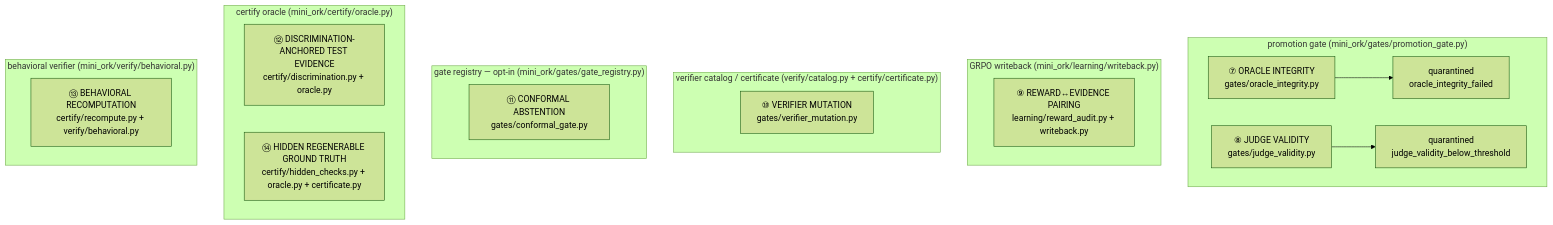
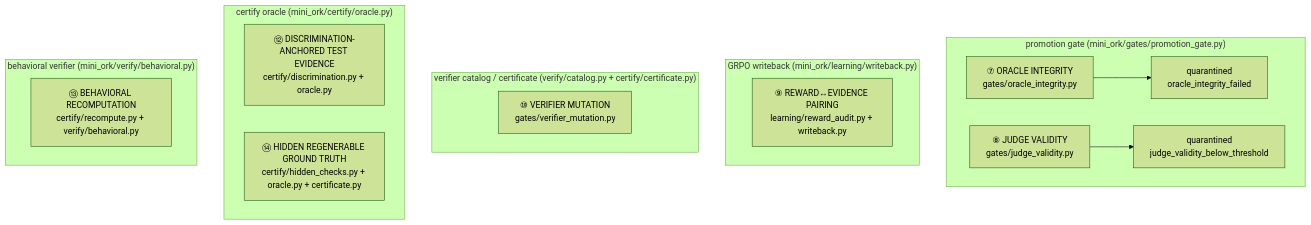
Before and after one commit to SourceShift/mini-ork: the second of 2 diagrams in docs/architecture/verification-stack.md, drawn with Mermaid (forest theme). The commit also changed other lines of this file and 7 other files, not shown here.

First line of the commit message:
gates: remove the abstain and conformal gate evaluators; keep the LTT bar

````diff
--- a/docs/architecture/verification-stack.md
+++ b/docs/architecture/verification-stack.md
@@ -240,23 +240,20 @@
 ```mermaid
 flowchart TB
   subgraph promote["promotion gate (mini_ork/gates/promotion_gate.py)"]
     OI["⑦ ORACLE INTEGRITY<br/>gates/oracle_integrity.py"] --> Q["quarantined<br/>oracle_integrity_failed"]
     JV["⑧ JUDGE VALIDITY<br/>gates/judge_validity.py"] --> Q2["quarantined<br/>judge_validity_below_threshold"]
   end
   subgraph grpo["GRPO writeback (mini_ork/learning/writeback.py)"]
     RP["⑨ REWARD↔EVIDENCE PAIRING<br/>learning/reward_audit.py + writeback.py"]
   end
   subgraph catalog["verifier catalog / certificate (verify/catalog.py + certify/certificate.py)"]
     VM["⑩ VERIFIER MUTATION<br/>gates/verifier_mutation.py"]
   end
-  subgraph registry["gate registry — opt-in (mini_ork/gates/gate_registry.py)"]
-    CO["⑪ CONFORMAL ABSTENTION<br/>gates/conformal_gate.py"]
-  end
   subgraph certify2["certify oracle (mini_ork/certify/oracle.py)"]
     DI["⑫ DISCRIMINATION-ANCHORED TEST EVIDENCE<br/>certify/discrimination.py + oracle.py"]
     HC["⑭ HIDDEN REGENERABLE GROUND TRUTH<br/>certify/hidden_checks.py + oracle.py + certificate.py"]
   end
   subgraph behav2["behavioral verifier (mini_ork/verify/behavioral.py)"]
     BR["⑬ BEHAVIORAL RECOMPUTATION<br/>certify/recompute.py + verify/behavioral.py"]
   end
 ```
````
